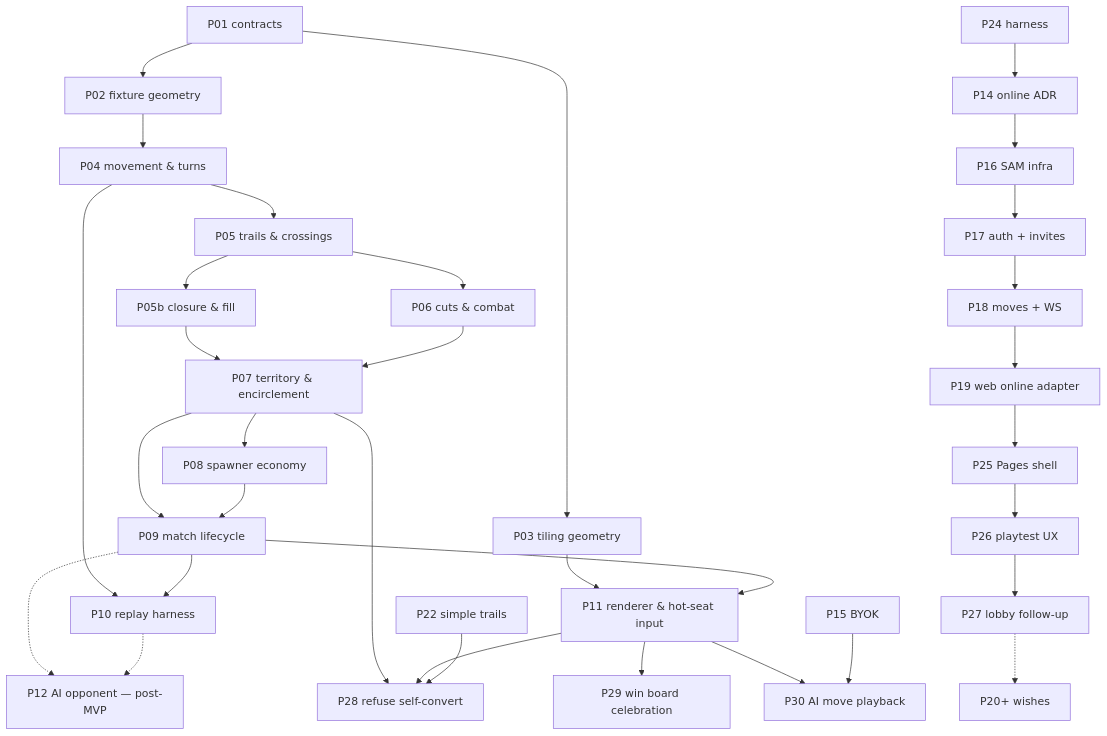
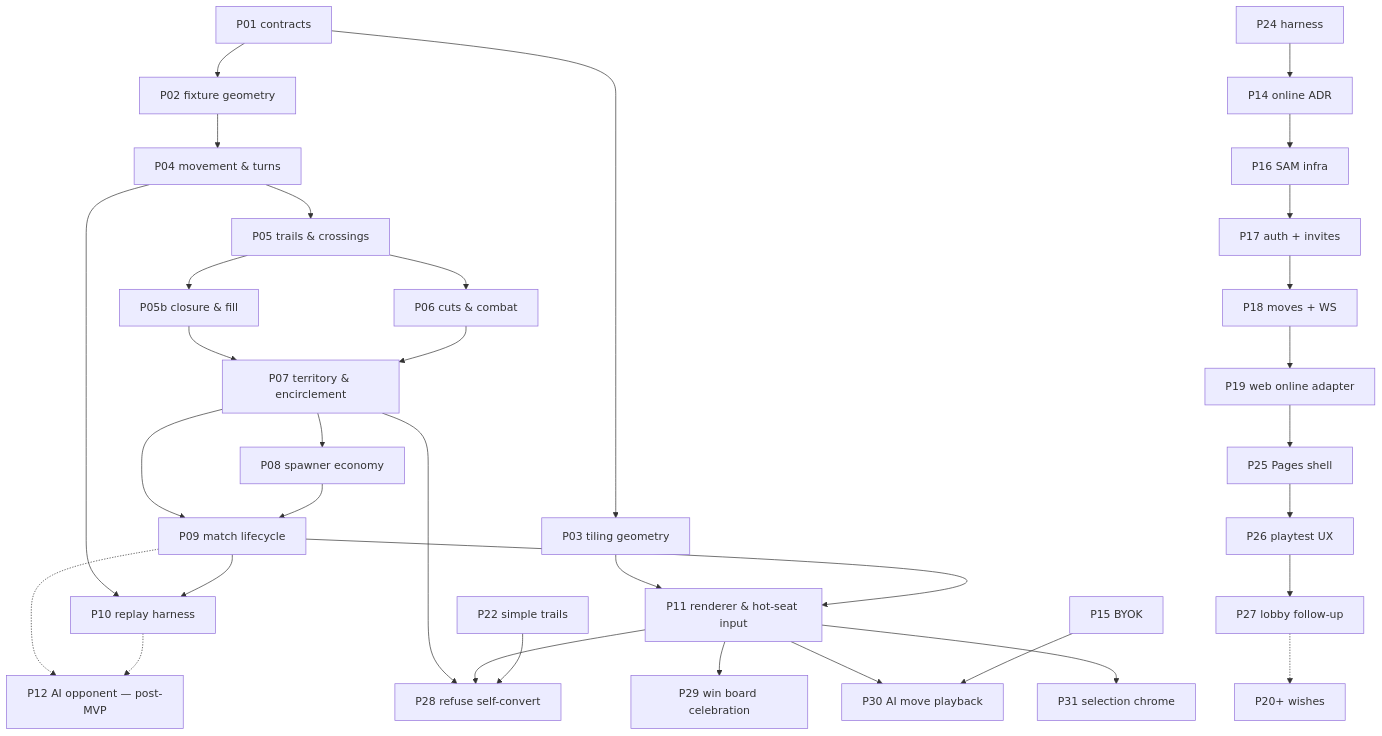
Before and after one commit to hochgi/arrows_conqueror: the diagram in docs/design/02-work-packets.md, drawn with Mermaid. The commit also changed other lines of this file and 17 other files, not shown here.

First line of the commit message:
feat(web): quieter selection chrome (P31)

````diff
--- a/docs/design/02-work-packets.md
+++ b/docs/design/02-work-packets.md
@@ -66,35 +67,36 @@
 ```mermaid
 flowchart TD
   P01["P01 contracts"] --> P02["P02 fixture geometry"]
   P01 --> P03["P03 tiling geometry"]
   P02 --> P04["P04 movement & turns"]
   P04 --> P05["P05 trails & crossings"]
   P05 --> P05B["P05b closure & fill"]
   P05 --> P06["P06 cuts & combat"]
   P05B --> P07["P07 territory & encirclement"]
   P06 --> P07
   P07 --> P08["P08 spawner economy"]
   P07 --> P09["P09 match lifecycle"]
   P08 --> P09
   P04 --> P10["P10 replay harness"]
   P09 --> P10
   P03 --> P11["P11 renderer & hot-seat input"]
   P09 --> P11
   P09 -.-> P12["P12 AI opponent — post-MVP"]
   P10 -.-> P12
   P24["P24 harness"] --> P14["P14 online ADR"]
   P14 --> P16["P16 SAM infra"]
   P16 --> P17["P17 auth + invites"]
   P17 --> P18["P18 moves + WS"]
   P18 --> P19["P19 web online adapter"]
   P19 --> P25["P25 Pages shell"]
   P25 --> P26["P26 playtest UX"]
   P26 --> P27["P27 lobby follow-up"]
   P27 -.-> P20["P20+ wishes"]
   P07 --> P28["P28 refuse self-convert"]
   P11 --> P28
   P22["P22 simple trails"] --> P28
   P11 --> P29["P29 win board celebration"]
   P11 --> P30["P30 AI move playback"]
   P15["P15 BYOK"] --> P30
+  P11 --> P31["P31 selection chrome"]
 ```
````
